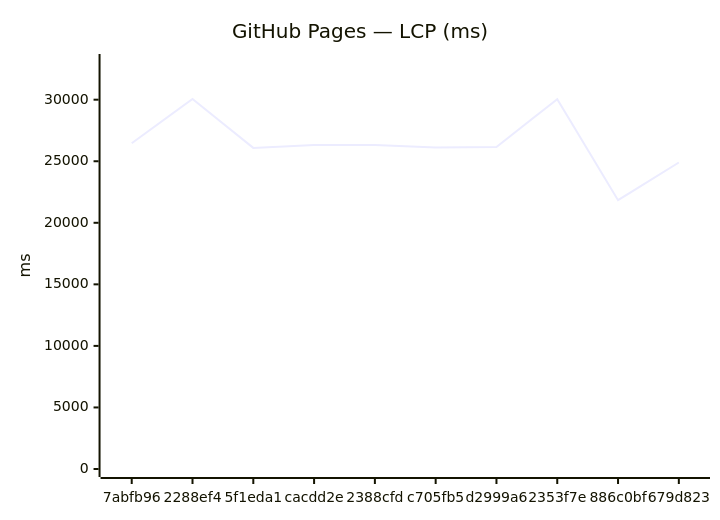
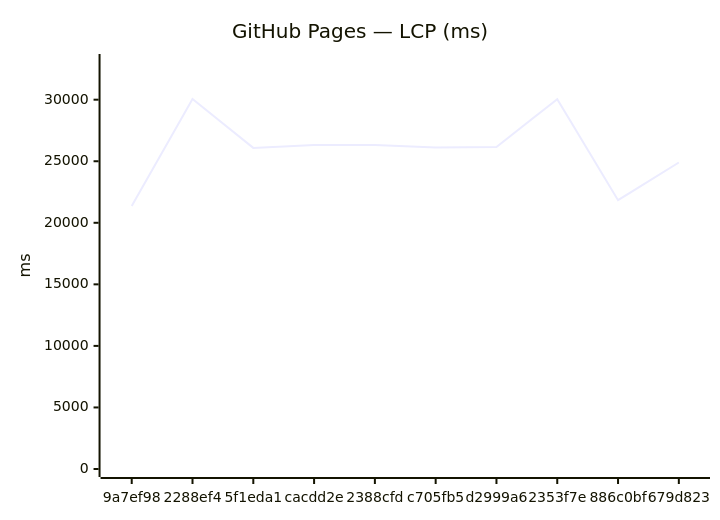
Before and after one commit to Metaheurist/Rianell: the third of 12 diagrams in benchmarks/compare.md, drawn with Mermaid. The commit also changed other lines of this file and 8 other files, not shown here.

````diff
--- a/benchmarks/compare.md
+++ b/benchmarks/compare.md
@@ -54,7 +54,7 @@
 ```mermaid
 xychart-beta
     title "GitHub Pages — LCP (ms)"
-    x-axis ["7abfb96", "2288ef4", "5f1eda1", "cacdd2e", "2388cfd", "c705fb5", "d2999a6", "2353f7e", "886c0bf", "679d823"]
+    x-axis ["9a7ef98", "2288ef4", "5f1eda1", "cacdd2e", "2388cfd", "c705fb5", "d2999a6", "2353f7e", "886c0bf", "679d823"]
     y-axis "ms" 0 --> 33062
-    line [26467, 30056, 26085, 26327, 26326, 26120, 26164, 30047, 21835, 24900]
+    line [21355, 30056, 26085, 26327, 26326, 26120, 26164, 30047, 21835, 24900]
 ```
````
